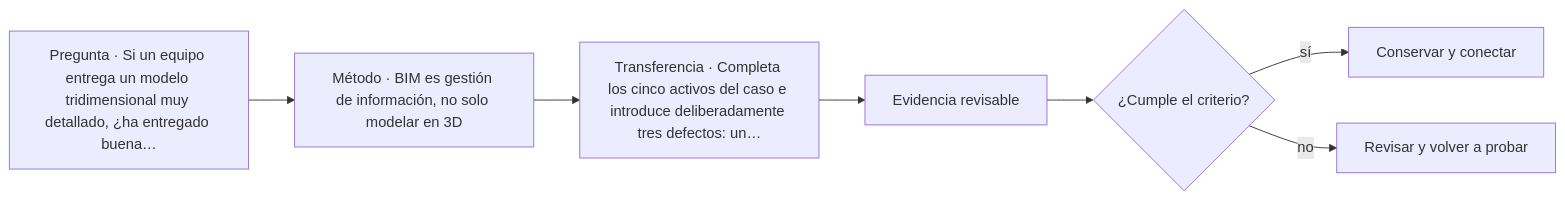
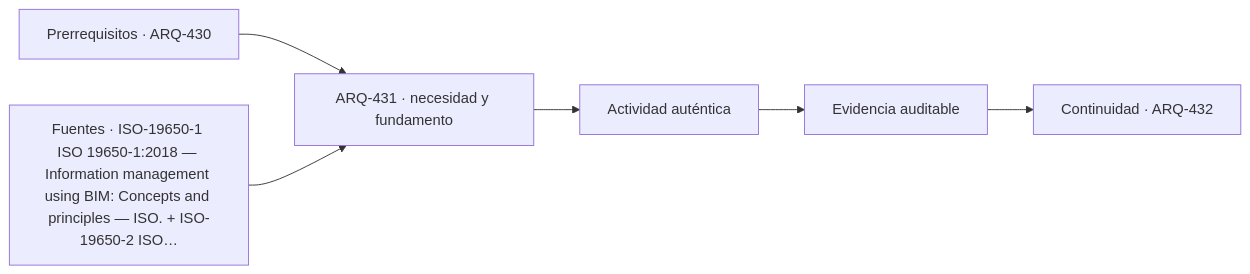
Before and after one commit to vladimiracunadev-create/architecture-built-environment-learning-program: the diagram in classes/parte-44/ARQ-431.md, drawn with Mermaid. The commit also changed other lines of this file and 761 other files, not shown here.

````diff
--- a/classes/parte-44/ARQ-431.md
+++ b/classes/parte-44/ARQ-431.md
@@ -86,9 +98,8 @@
 ```mermaid
 flowchart LR
-    Q["Pregunta · Si un equipo entrega un modelo tridimensional muy detallado, ¿ha entregado buena…"] --> M["Método · BIM es gestión de información, no solo modelar en 3D"]
-    M --> P["Transferencia · Completa los cinco activos del caso e introduce deliberadamente tres defectos: un…"]
-    P --> E["Evidencia revisable"]
-    E --> C{"¿Cumple el criterio?"}
-    C -->|sí| T["Conservar y conectar"]
-    C -->|no| R["Revisar y volver a probar"]
+    A["Prerrequisitos · ARQ-430"] --> B["ARQ-431 · necesidad y fundamento"]
+    S["Fuentes · ISO-19650-1 ISO 19650-1:2018 — Information management using BIM: Concepts and principles — ISO. + ISO-19650-2 ISO…"] --> B
+    B --> C["Actividad auténtica"]
+    C --> D["Evidencia auditable"]
+    D --> E["Continuidad · ARQ-432"]
 ```
````
